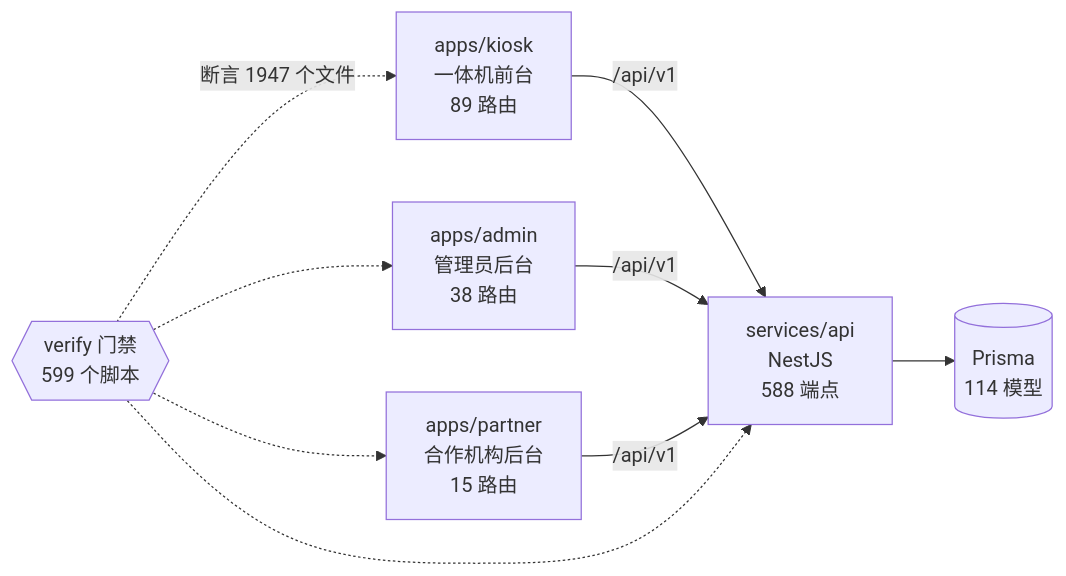
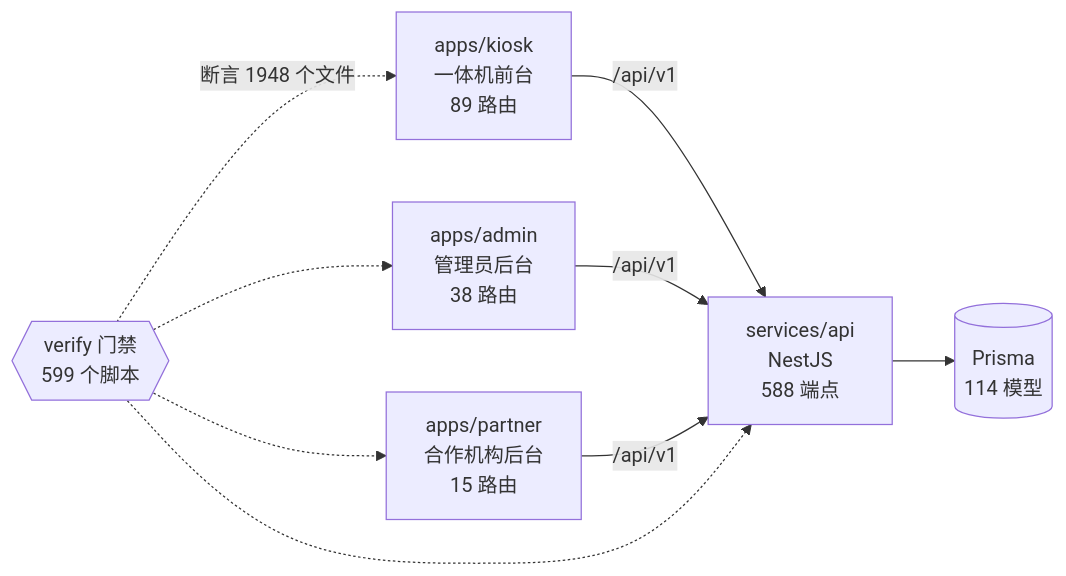
One commit to wanglei581/YITIJI changed the diagram in docs/graph/README.md. Above: the diagram before and after it, drawn with Mermaid. The commit also changed other lines of this file and 7 other files, not shown here.

````diff
--- a/docs/graph/README.md
+++ b/docs/graph/README.md
@@ -68,18 +68,18 @@
 ```mermaid
 flowchart LR
   kiosk["apps/kiosk<br/>一体机前台<br/>89 路由"]
   admin["apps/admin<br/>管理员后台<br/>38 路由"]
   partner["apps/partner<br/>合作机构后台<br/>15 路由"]
   api["services/api<br/>NestJS<br/>588 端点"]
   db[("Prisma<br/>114 模型")]
   gates{{"verify 门禁<br/>599 个脚本"}}
 
   kiosk -->|"/api/v1"| api
   admin -->|"/api/v1"| api
   partner -->|"/api/v1"| api
   api --> db
-  gates -.->|"断言 1947 个文件"| kiosk
+  gates -.->|"断言 1948 个文件"| kiosk
   gates -.-> admin
   gates -.-> partner
   gates -.-> api
 ```
````
